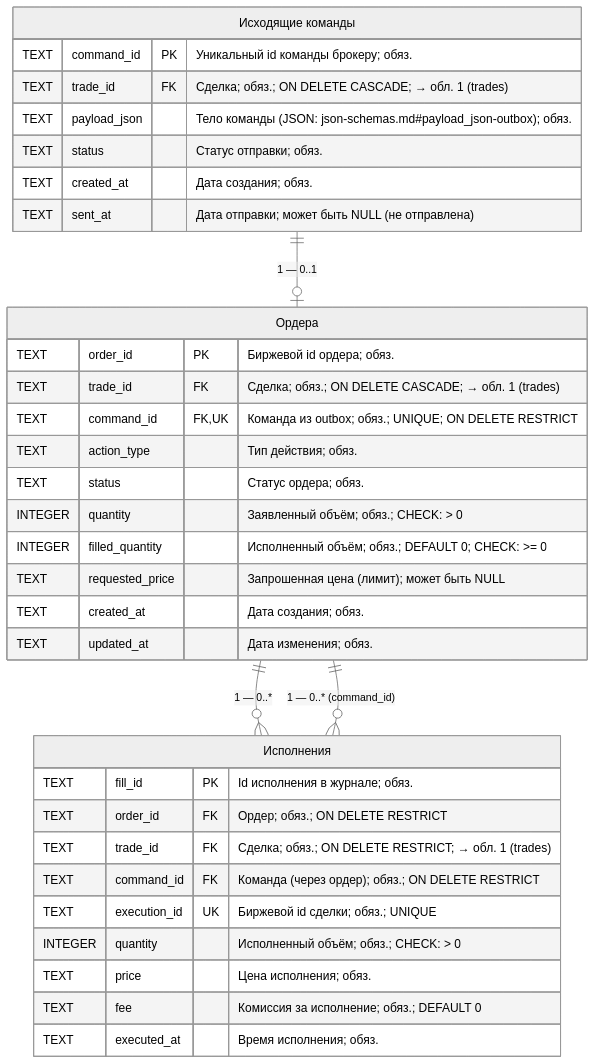
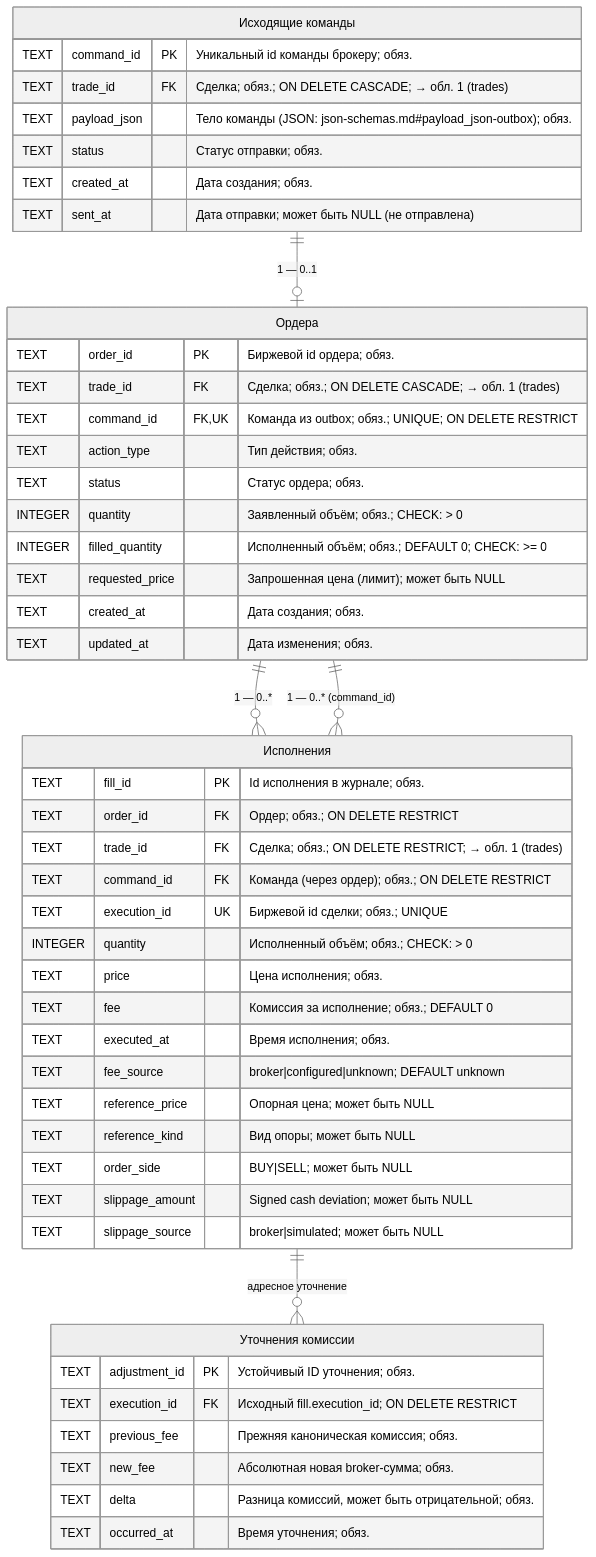
The third of 6 diagrams in docs/database.md (vladilenao/My_roBot), drawn with Mermaid (neutral theme) before and after one commit. The commit also changed other lines of this file and 156 other files, not shown here.

````diff
--- a/docs/database.md
+++ b/docs/database.md
@@ -141,37 +169,52 @@
 ```mermaid
 erDiagram
     outbox["Исходящие команды"] {
         TEXT command_id PK "Уникальный id команды брокеру; обяз."
         TEXT trade_id FK "Сделка; обяз.; ON DELETE CASCADE; → обл. 1 (trades)"
         TEXT payload_json "Тело команды (JSON: json-schemas.md#payload_json-outbox); обяз."
         TEXT status "Статус отправки; обяз."
         TEXT created_at "Дата создания; обяз."
         TEXT sent_at "Дата отправки; может быть NULL (не отправлена)"
     }
     orders["Ордера"] {
         TEXT order_id PK "Биржевой id ордера; обяз."
         TEXT trade_id FK "Сделка; обяз.; ON DELETE CASCADE; → обл. 1 (trades)"
         TEXT command_id FK, UK "Команда из outbox; обяз.; UNIQUE; ON DELETE RESTRICT"
         TEXT action_type "Тип действия; обяз."
         TEXT status "Статус ордера; обяз."
         INTEGER quantity "Заявленный объём; обяз.; CHECK: > 0"
         INTEGER filled_quantity "Исполненный объём; обяз.; DEFAULT 0; CHECK: >= 0"
         TEXT requested_price "Запрошенная цена (лимит); может быть NULL"
         TEXT created_at "Дата создания; обяз."
         TEXT updated_at "Дата изменения; обяз."
     }
     fills["Исполнения"] {
         TEXT fill_id PK "Id исполнения в журнале; обяз."
         TEXT order_id FK "Ордер; обяз.; ON DELETE RESTRICT"
         TEXT trade_id FK "Сделка; обяз.; ON DELETE RESTRICT; → обл. 1 (trades)"
         TEXT command_id FK "Команда (через ордер); обяз.; ON DELETE RESTRICT"
         TEXT execution_id UK "Биржевой id сделки; обяз.; UNIQUE"
         INTEGER quantity "Исполненный объём; обяз.; CHECK: > 0"
         TEXT price "Цена исполнения; обяз."
         TEXT fee "Комиссия за исполнение; обяз.; DEFAULT 0"
         TEXT executed_at "Время исполнения; обяз."
+        TEXT fee_source "broker|configured|unknown; DEFAULT unknown"
+        TEXT reference_price "Опорная цена; может быть NULL"
+        TEXT reference_kind "Вид опоры; может быть NULL"
+        TEXT order_side "BUY|SELL; может быть NULL"
+        TEXT slippage_amount "Signed cash deviation; может быть NULL"
+        TEXT slippage_source "broker|simulated; может быть NULL"
+    }
+    cost_adjustments["Уточнения комиссии"] {
+        TEXT adjustment_id PK "Устойчивый ID уточнения; обяз."
+        TEXT execution_id FK "Исходный fill.execution_id; ON DELETE RESTRICT"
+        TEXT previous_fee "Прежняя каноническая комиссия; обяз."
+        TEXT new_fee "Абсолютная новая broker-сумма; обяз."
+        TEXT delta "Разница комиссий, может быть отрицательной; обяз."
+        TEXT occurred_at "Время уточнения; обяз."
     }
     outbox ||--o| orders : "1 — 0..1"
     orders ||--o{ fills : "1 — 0..*"
+    fills ||--o{ cost_adjustments : "адресное уточнение"
     orders ||--o{ fills : "1 — 0..* (command_id)"
 ```
````
